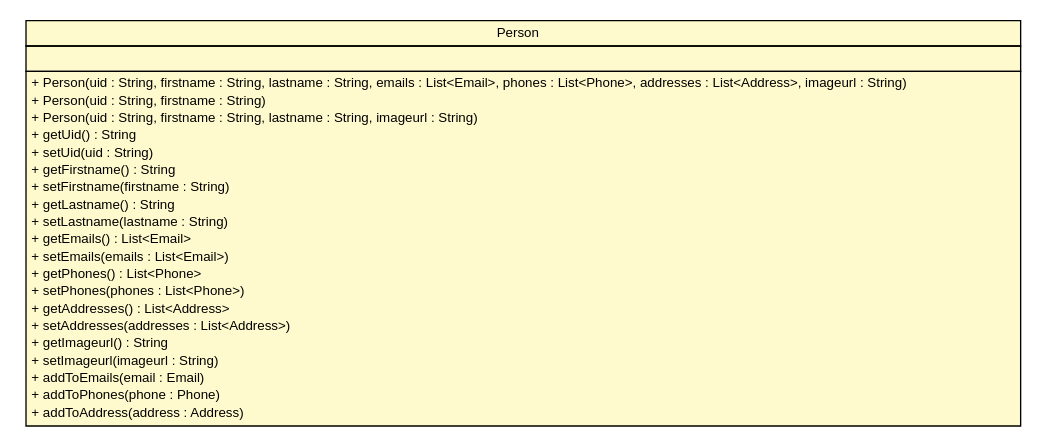
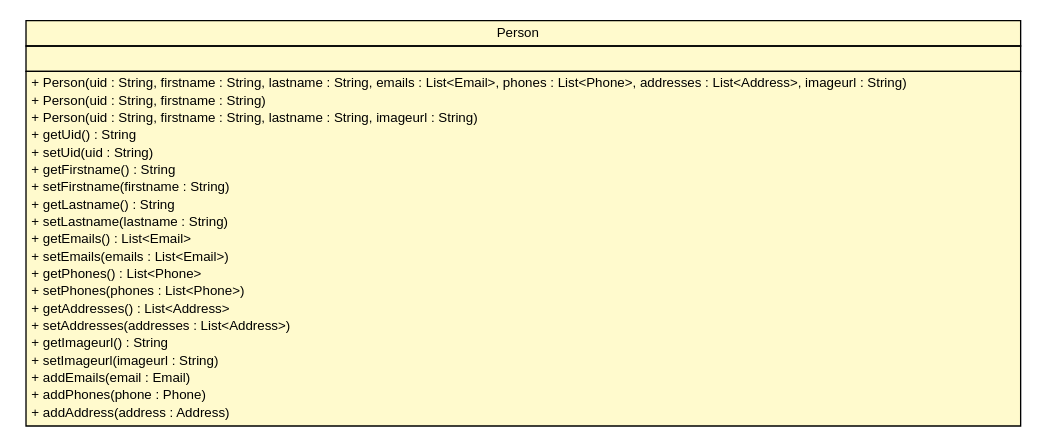
The diagram in javadoc/clapi/com/clapi/data/Person.dot (ericpinet/ConnectLife), drawn with Graphviz before and after one commit. The commit also changed 275 other files, not shown here.

```diff
--- a/javadoc/clapi/com/clapi/data/Person.dot
+++ b/javadoc/clapi/com/clapi/data/Person.dot
@@ -1,43 +1,43 @@
 #!/usr/local/bin/dot
 #
 # Class diagram 
 # Generated by UMLGraph version 5.1 (http://www.umlgraph.org/)
 #
 
 digraph G {
 	edge [fontname="Helvetica",fontsize=10,labelfontname="Helvetica",labelfontsize=10];
 	node [fontname="Helvetica",fontsize=10,shape=plaintext];
 	nodesep=0.25;
 	ranksep=0.5;
 	// com.clapi.data.Person
-	c273 [label=<<table title="com.clapi.data.Person" border="0" cellborder="1" cellspacing="0" cellpadding="2" port="p" bgcolor="lemonChiffon" href="./Person.html">
+	c272 [label=<<table title="com.clapi.data.Person" border="0" cellborder="1" cellspacing="0" cellpadding="2" port="p" bgcolor="lemonChiffon" href="./Person.html">
 		<tr><td><table border="0" cellspacing="0" cellpadding="1">
 <tr><td align="center" balign="center"> Person </td></tr>
 		</table></td></tr>
 		<tr><td><table border="0" cellspacing="0" cellpadding="1">
 <tr><td align="left" balign="left">  </td></tr>
 		</table></td></tr>
 		<tr><td><table border="0" cellspacing="0" cellpadding="1">
 <tr><td align="left" balign="left"> + Person(uid : String, firstname : String, lastname : String, emails : List&lt;Email&gt;, phones : List&lt;Phone&gt;, addresses : List&lt;Address&gt;, imageurl : String) </td></tr>
 <tr><td align="left" balign="left"> + Person(uid : String, firstname : String) </td></tr>
 <tr><td align="left" balign="left"> + Person(uid : String, firstname : String, lastname : String, imageurl : String) </td></tr>
 <tr><td align="left" balign="left"> + getUid() : String </td></tr>
 <tr><td align="left" balign="left"> + setUid(uid : String) </td></tr>
 <tr><td align="left" balign="left"> + getFirstname() : String </td></tr>
 <tr><td align="left" balign="left"> + setFirstname(firstname : String) </td></tr>
 <tr><td align="left" balign="left"> + getLastname() : String </td></tr>
 <tr><td align="left" balign="left"> + setLastname(lastname : String) </td></tr>
 <tr><td align="left" balign="left"> + getEmails() : List&lt;Email&gt; </td></tr>
 <tr><td align="left" balign="left"> + setEmails(emails : List&lt;Email&gt;) </td></tr>
 <tr><td align="left" balign="left"> + getPhones() : List&lt;Phone&gt; </td></tr>
 <tr><td align="left" balign="left"> + setPhones(phones : List&lt;Phone&gt;) </td></tr>
 <tr><td align="left" balign="left"> + getAddresses() : List&lt;Address&gt; </td></tr>
 <tr><td align="left" balign="left"> + setAddresses(addresses : List&lt;Address&gt;) </td></tr>
 <tr><td align="left" balign="left"> + getImageurl() : String </td></tr>
 <tr><td align="left" balign="left"> + setImageurl(imageurl : String) </td></tr>
-<tr><td align="left" balign="left"> + addToEmails(email : Email) </td></tr>
-<tr><td align="left" balign="left"> + addToPhones(phone : Phone) </td></tr>
-<tr><td align="left" balign="left"> + addToAddress(address : Address) </td></tr>
+<tr><td align="left" balign="left"> + addEmails(email : Email) </td></tr>
+<tr><td align="left" balign="left"> + addPhones(phone : Phone) </td></tr>
+<tr><td align="left" balign="left"> + addAddress(address : Address) </td></tr>
 		</table></td></tr>
 		</table>>, fontname="Helvetica", fontcolor="black", fontsize=10.0];
 }
```
